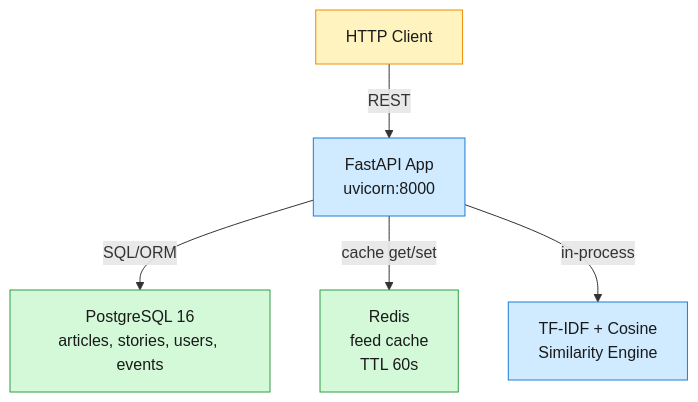
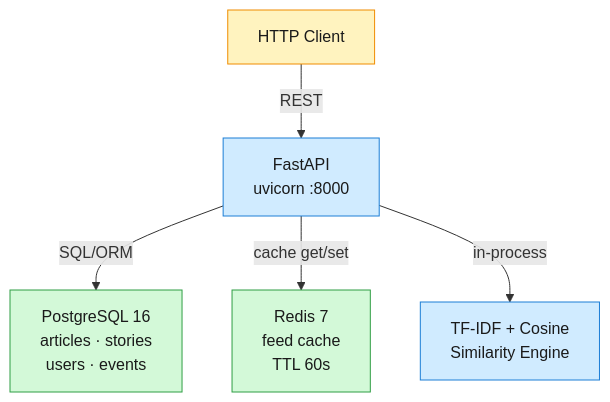
One commit to iliazlobin/sd-google-news-backend-mvp changed the diagram in design.md. Above: the diagram before and after it, drawn with Mermaid. The commit also changed other lines of this file and 9 other files, not shown here.

````diff
--- a/design.md
+++ b/design.md
@@ -9,14 +7,14 @@
 ```mermaid
 graph TD
-    Client["HTTP Client"] -->|REST| App["FastAPI App<br/>uvicorn:8000"]
-    App -->|SQL/ORM| PG["PostgreSQL 16<br/>articles, stories, users, events"]
-    App -->|cache get/set| Redis["Redis<br/>feed cache<br/>TTL 60s"]
+    Client["HTTP Client"] -->|REST| App["FastAPI<br/>uvicorn :8000"]
+    App -->|SQL/ORM| PG["PostgreSQL 16<br/>articles · stories<br/>users · events"]
+    App -->|cache get/set| Redis["Redis 7<br/>feed cache<br/>TTL 60s"]
     App -->|in-process| Cluster["TF-IDF + Cosine<br/>Similarity Engine"]
 
     classDef edge fill:#fff3bf,stroke:#f08c00,color:#1a1a1a
     classDef svc fill:#d0ebff,stroke:#1c7ed6,color:#1a1a1a
     classDef store fill:#d3f9d8,stroke:#2f9e44,color:#1a1a1a
     class App,Cluster svc
     class PG,Redis store
     class Client edge
 ```
````
